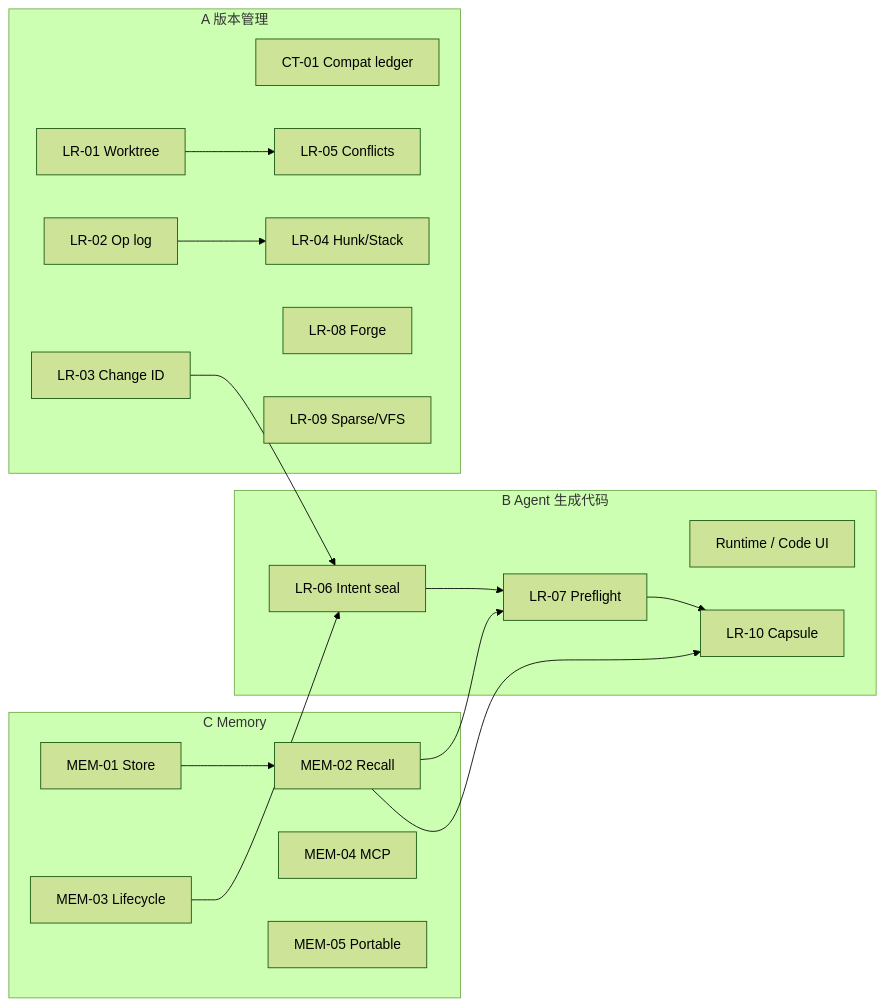
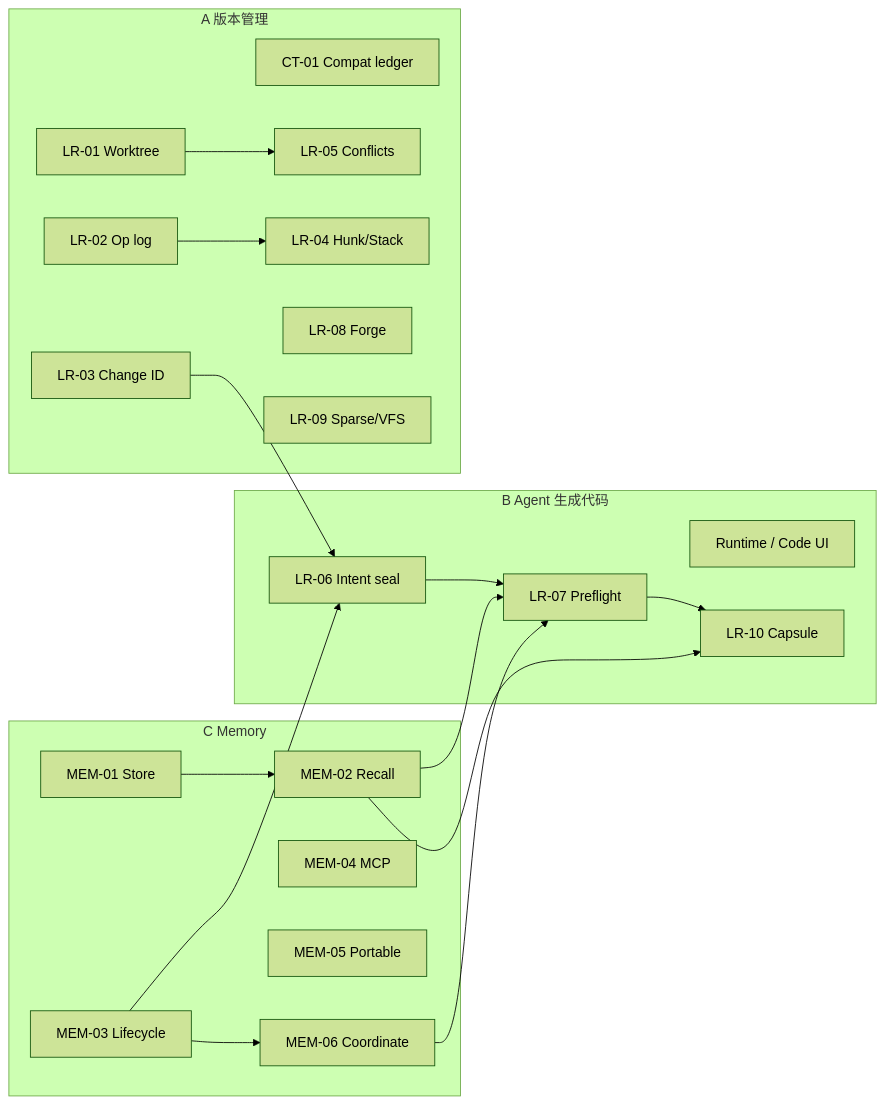
The diagram in docs/development/plan/plan-long.md (jjl9807/libra), drawn with Mermaid (forest theme) before and after one commit. The commit also changed other lines of this file and 2 other files, not shown here.

Commit message:
docs(memory): add shared coordination Memory for parallel multi-agent development (MEM-06)

````diff
--- a/docs/development/plan/plan-long.md
+++ b/docs/development/plan/plan-long.md
@@ -117,35 +117,38 @@
 ```mermaid
 flowchart LR
   subgraph VCS[A 版本管理]
     CT01[CT-01 Compat ledger]
     LR01[LR-01 Worktree]
     LR02[LR-02 Op log]
     LR03[LR-03 Change ID]
     LR04[LR-04 Hunk/Stack]
     LR05[LR-05 Conflicts]
     LR08[LR-08 Forge]
     LR09[LR-09 Sparse/VFS]
   end
   subgraph AG[B Agent 生成代码]
     LR06[LR-06 Intent seal]
     LR07[LR-07 Preflight]
     RT[Runtime / Code UI]
     LR10[LR-10 Capsule]
   end
   subgraph MEM[C Memory]
     MEM01[MEM-01 Store]
     MEM02[MEM-02 Recall]
     MEM03[MEM-03 Lifecycle]
     MEM04[MEM-04 MCP]
     MEM05[MEM-05 Portable]
+    MEM06[MEM-06 Coordinate]
   end
   LR01 --> LR05
   LR02 --> LR04
   LR03 --> LR06
   LR06 --> LR07
   MEM01 --> MEM02
   MEM02 --> LR07
   MEM03 --> LR06
   LR07 --> LR10
   MEM02 --> LR10
+  MEM06 --> LR07
+  MEM03 --> MEM06
 ```
````
